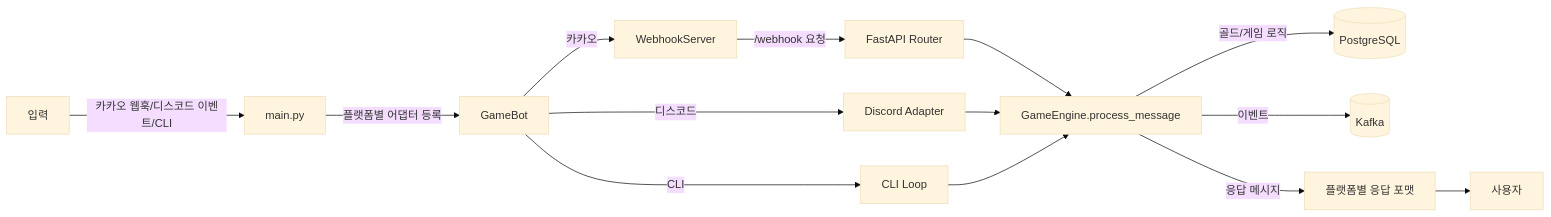
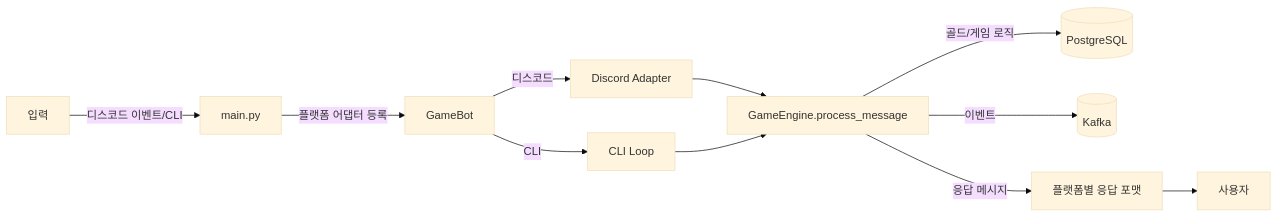
One commit to MinYn/kakao_game changed the diagram in docs/CODE_OVERVIEW.md. Above: the diagram before and after it, drawn with Mermaid (base theme). The commit also changed other lines of this file and 10 other files, not shown here.

````diff
--- a/docs/CODE_OVERVIEW.md
+++ b/docs/CODE_OVERVIEW.md
@@ -68,16 +67,13 @@
 ```mermaid
 flowchart LR
-    A[입력] -->|카카오 웹훅/디스코드 이벤트/CLI| B[main.py]
-    B -->|플랫폼별 어댑터 등록| C[GameBot]
-    C -->|카카오| D[WebhookServer]
+    A[입력] -->|디스코드 이벤트/CLI| B[main.py]
+    B -->|플랫폼 어댑터 등록| C[GameBot]
     C -->|디스코드| E[Discord Adapter]
     C -->|CLI| F[CLI Loop]
-    D -->|/webhook 요청| G[FastAPI Router]
-    G --> H[GameEngine.process_message]
-    E --> H
+    E --> H[GameEngine.process_message]
     F --> H
     H -->|골드/게임 로직| I[(PostgreSQL)]
     H -->|이벤트| J[(Kafka)]
     H -->|응답 메시지| K[플랫폼별 응답 포맷]
     K --> L[사용자]
 ```
````
